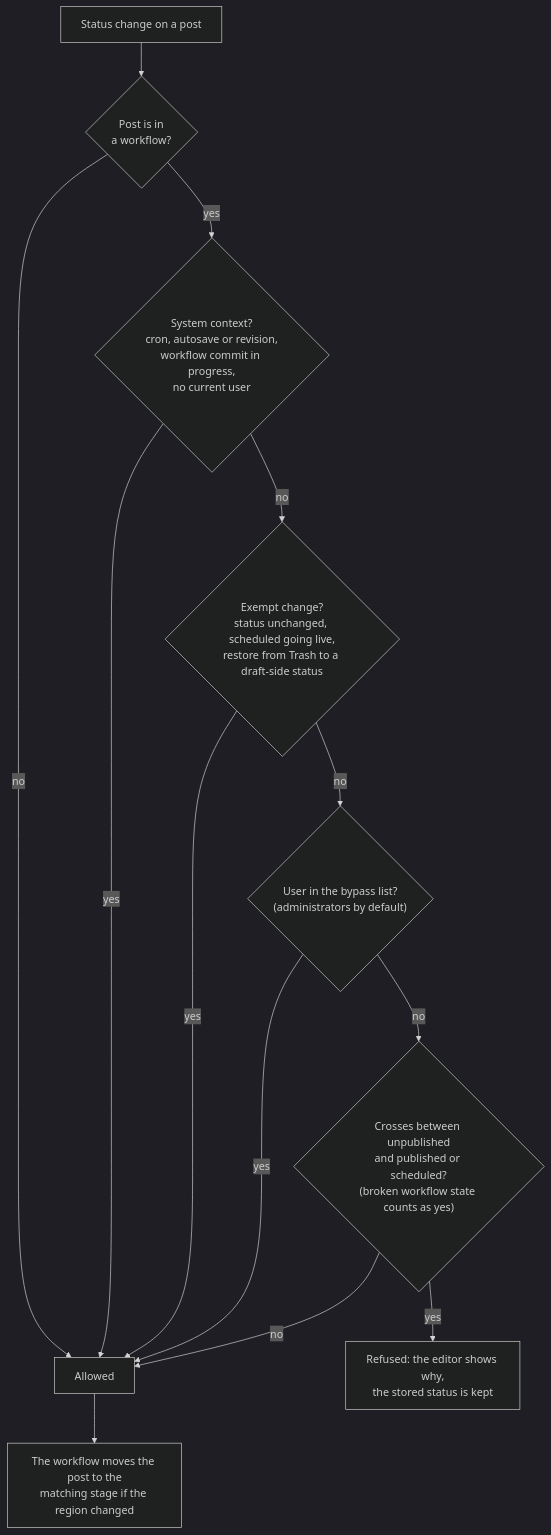
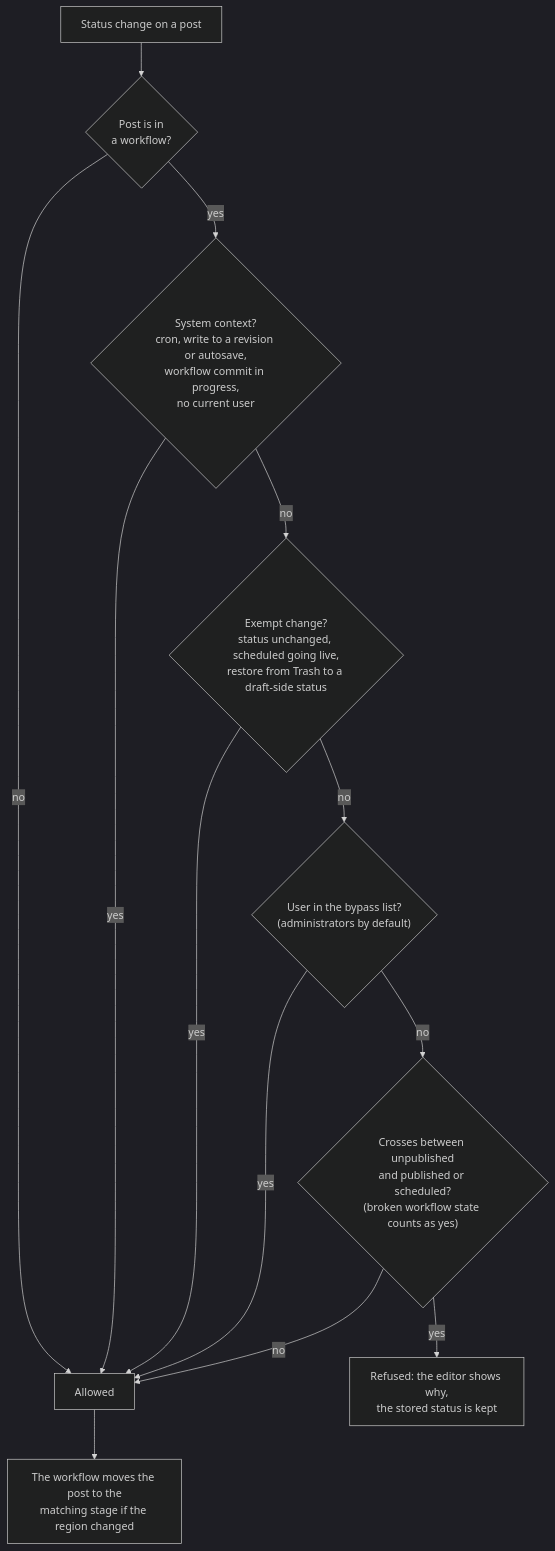
The third of 6 diagrams in docs/SPEC.md (Automattic/vip-workflows), drawn with Mermaid (dark theme) before and after one commit. The commit also changed other lines of this file and 2 other files, not shown here.

Commit message:
Check autosave requests at the publish boundary (#213)
The publish boundary guard skipped every write made during an autosave
request. It now exempts a write by the row it targets: a write to an
autosave or a revision is still exempt, and an autosave request that
writes to the post itself is checked like any other save.

An autosave that only saves content sets no new status, so it still
lands. So does the first autosave of a new post, which moves it from
auto-draft to draft on the unpublished side.

````diff
--- a/docs/SPEC.md
+++ b/docs/SPEC.md
@@ -752,15 +752,15 @@
 ```mermaid
 flowchart TD
   A["Status change on a post"] --> B{"Post is in<br/>a workflow?"}
   B -->|no| OK["Allowed"]
-  B -->|yes| C{"System context?<br/>cron, autosave or revision,<br/>workflow commit in progress,<br/>no current user"}
+  B -->|yes| C{"System context?<br/>cron, write to a revision or autosave,<br/>workflow commit in progress,<br/>no current user"}
   C -->|yes| OK
   C -->|no| D{"Exempt change?<br/>status unchanged, scheduled going live,<br/>restore from Trash to a draft-side status"}
   D -->|yes| OK
   D -->|no| E{"User in the bypass list?<br/>(administrators by default)"}
   E -->|yes| OK
   E -->|no| F{"Crosses between unpublished<br/>and published or scheduled?<br/>(broken workflow state counts as yes)"}
   F -->|no| OK
   F -->|yes| V["Refused: the editor shows why,<br/>the stored status is kept"]
   OK --> RS["The workflow moves the post to the<br/>matching stage if the region changed"]
 ```
````
